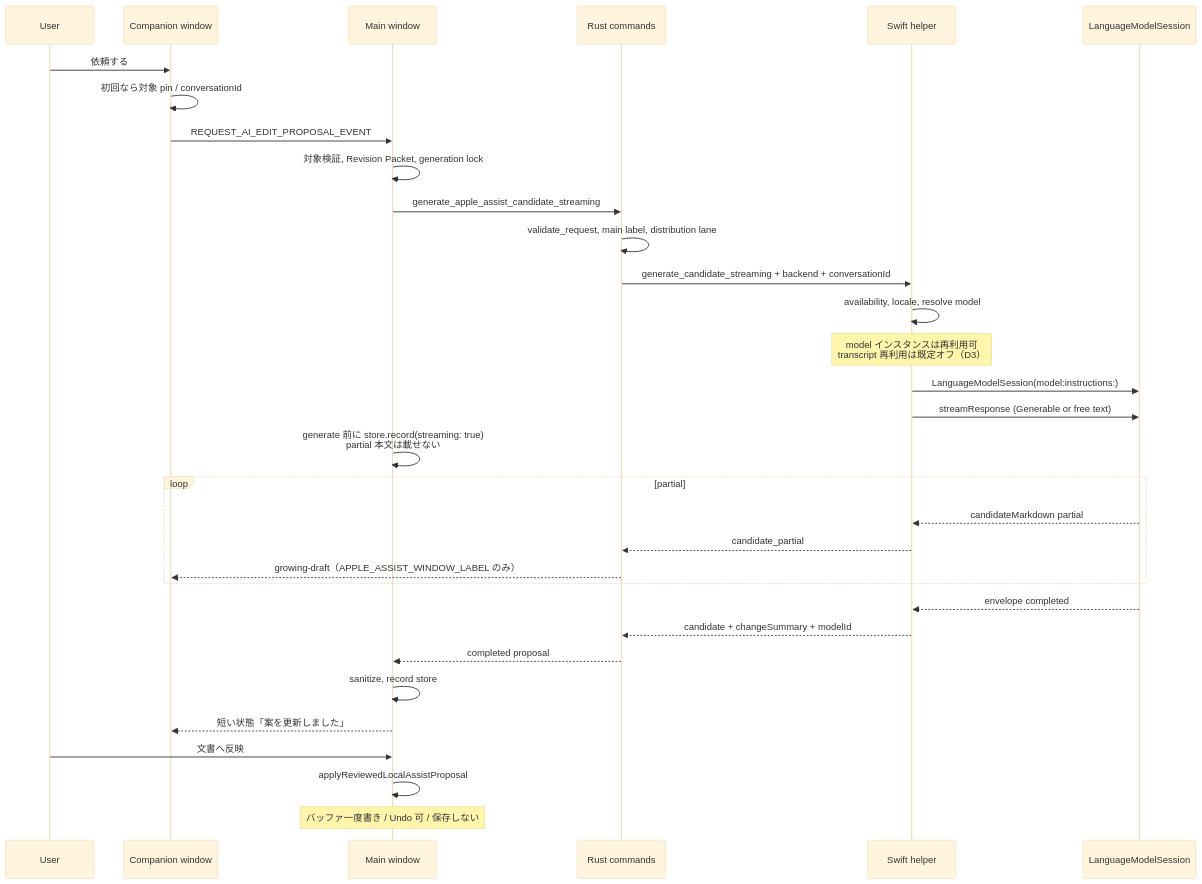
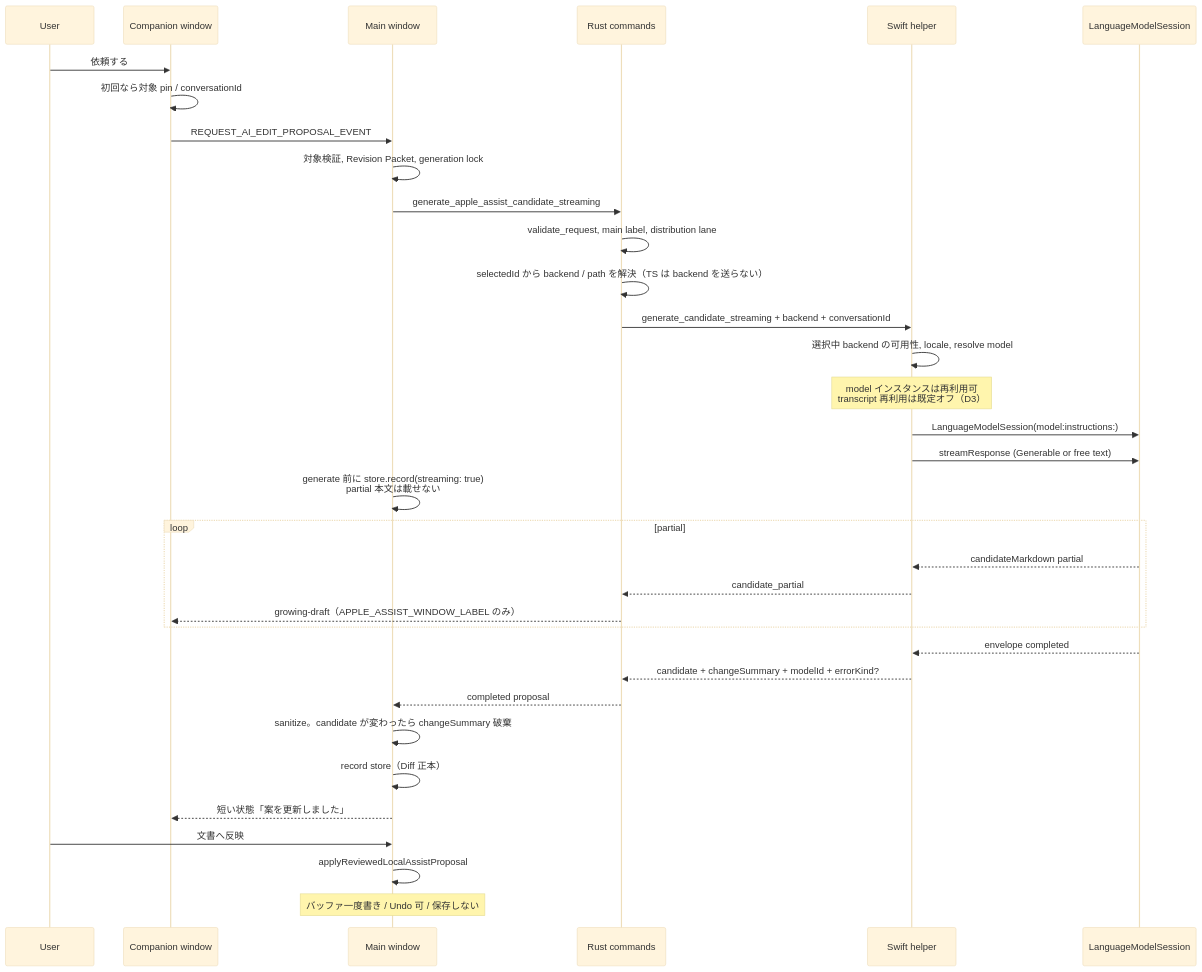
One commit to lero003/hazakura-editor changed the second of 6 diagrams in docs/core-ai-c0-design.md. Above: the diagram before and after it, drawn with Mermaid (base theme). The commit also changed other lines of this file and 5 other files, not shown here.

````diff
--- a/docs/core-ai-c0-design.md
+++ b/docs/core-ai-c0-design.md
@@ -191,35 +213,37 @@
 ```mermaid
 sequenceDiagram
   participant U as User
   participant C as Companion window
   participant M as Main window
   participant R as Rust commands
   participant H as Swift helper
   participant LM as LanguageModelSession
 
   U->>C: 依頼する
   C->>C: 初回なら対象 pin / conversationId
   C->>M: REQUEST_AI_EDIT_PROPOSAL_EVENT
   M->>M: 対象検証, Revision Packet, generation lock
   M->>R: generate_apple_assist_candidate_streaming
   R->>R: validate_request, main label, distribution lane
+  R->>R: selectedId から backend / path を解決（TS は backend を送らない）
   R->>H: generate_candidate_streaming + backend + conversationId
-  H->>H: availability, locale, resolve model
+  H->>H: 選択中 backend の可用性, locale, resolve model
   Note over H: model インスタンスは再利用可<br/>transcript 再利用は既定オフ（D3）
   H->>LM: LanguageModelSession(model:instructions:)
   H->>LM: streamResponse (Generable or free text)
   M->>M: generate 前に store.record(streaming: true)<br/>partial 本文は載せない
   loop partial
     LM-->>H: candidateMarkdown partial
     H-->>R: candidate_partial
     R-->>C: growing-draft（APPLE_ASSIST_WINDOW_LABEL のみ）
   end
   LM-->>H: envelope completed
-  H-->>R: candidate + changeSummary + modelId
+  H-->>R: candidate + changeSummary + modelId + errorKind?
   R-->>M: completed proposal
-  M->>M: sanitize, record store
+  M->>M: sanitize。candidate が変わったら changeSummary 破棄
+  M->>M: record store（Diff 正本）
   M-->>C: 短い状態「案を更新しました」
   U->>M: 文書へ反映
   M->>M: applyReviewedLocalAssistProposal
   Note over M: バッファ一度書き / Undo 可 / 保存しない
 ```
````
